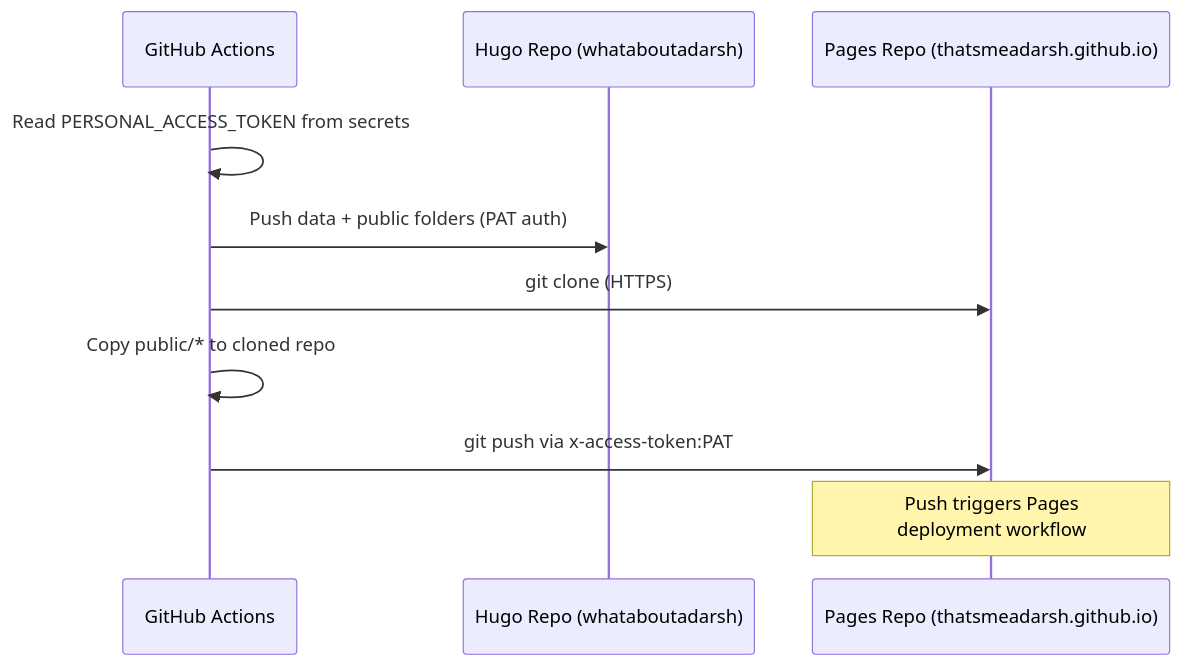
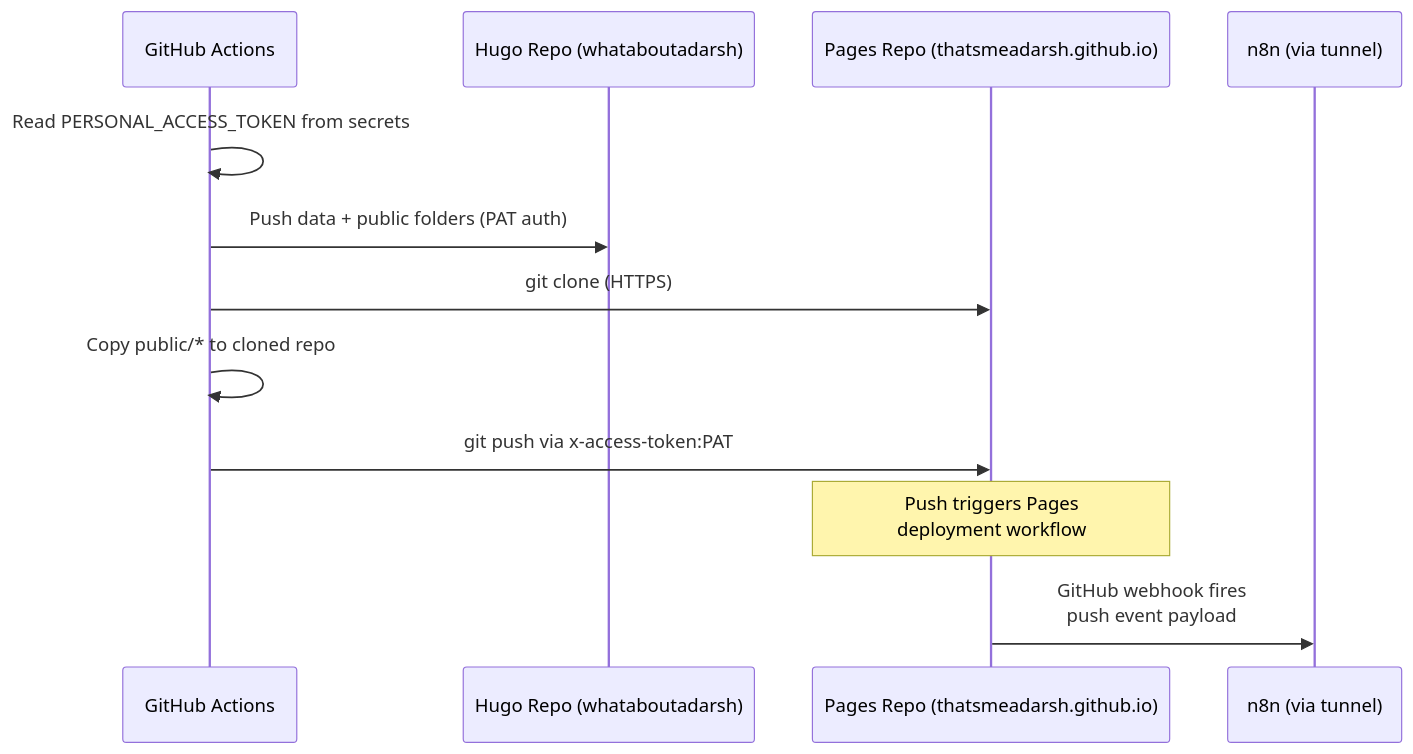
One commit to thatsmeadarsh/n8n-powered-auto-web-publish changed the third of 7 diagrams in docs/workflow-documentation.md. Above: the diagram before and after it, drawn with Mermaid. The commit also changed other lines of this file and 7 other files, not shown here.

First line of the commit message:
Replace fswatch watcher with GitHub webhook trigger in n8n

````diff
--- a/docs/workflow-documentation.md
+++ b/docs/workflow-documentation.md
@@ -128,13 +80,15 @@
 ```mermaid
 sequenceDiagram
     participant GA as GitHub Actions
     participant HR as Hugo Repo (whataboutadarsh)
     participant PR as Pages Repo (thatsmeadarsh.github.io)
+    participant N8N as n8n (via tunnel)
 
     GA->>GA: Read PERSONAL_ACCESS_TOKEN from secrets
     GA->>HR: Push data + public folders (PAT auth)
     GA->>PR: git clone (HTTPS)
     GA->>GA: Copy public/* to cloned repo
     GA->>PR: git push via x-access-token:PAT
     Note over PR: Push triggers Pages<br/>deployment workflow
+    PR->>N8N: GitHub webhook fires<br/>push event payload
 ```
````
